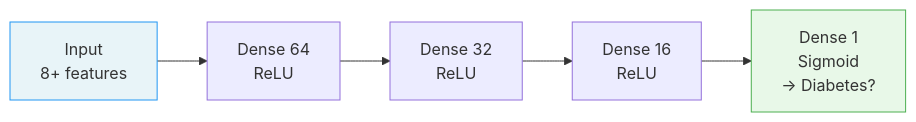
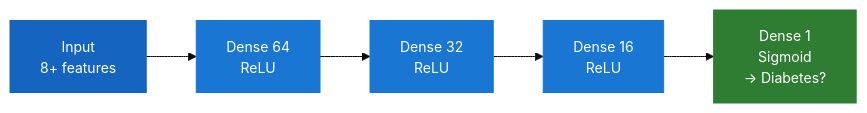
One commit to buttegggggggg/buttegggggggg.github.io changed the third of 5 diagrams in ML.qmd. Above: the diagram before and after it, drawn with Mermaid. The commit also changed other lines of this file and 1 other file, not shown here.

First line of the commit message:
Fix Mermaid diagrams: dark fill/white text, <br/> line breaks, width-constrained

````diff
--- a/ML.qmd
+++ b/ML.qmd
@@ -95,10 +120,17 @@
 ```{mermaid}
+%%{init: {"theme": "base", "themeVariables": {"fontSize": "14px"}}}%%
 flowchart LR
-    I["Input\n8+ features"] --> L1["Dense 64\nReLU"]
-    L1 --> L2["Dense 32\nReLU"]
-    L2 --> L3["Dense 16\nReLU"]
-    L3 --> O["Dense 1\nSigmoid\n→ Diabetes?"]
+    I["Input<br/>8+ features"]
+    L1["Dense 64<br/>ReLU"]
+    L2["Dense 32<br/>ReLU"]
+    L3["Dense 16<br/>ReLU"]
+    O["Dense 1<br/>Sigmoid<br/>→ Diabetes?"]
 
-    style I fill:#e8f4f8,stroke:#2196F3
-    style O fill:#e8f8e8,stroke:#4CAF50
+    I --> L1 --> L2 --> L3 --> O
+
+    style I  fill:#1565C0,color:#fff,stroke:#1565C0
+    style L1 fill:#1976D2,color:#fff,stroke:#1976D2
+    style L2 fill:#1976D2,color:#fff,stroke:#1976D2
+    style L3 fill:#1976D2,color:#fff,stroke:#1976D2
+    style O  fill:#2E7D32,color:#fff,stroke:#2E7D32
 ```
````
